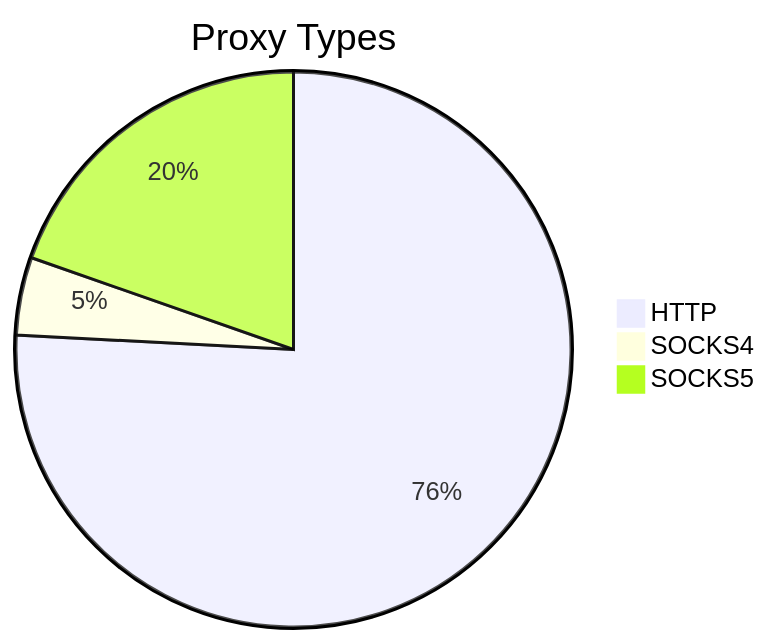
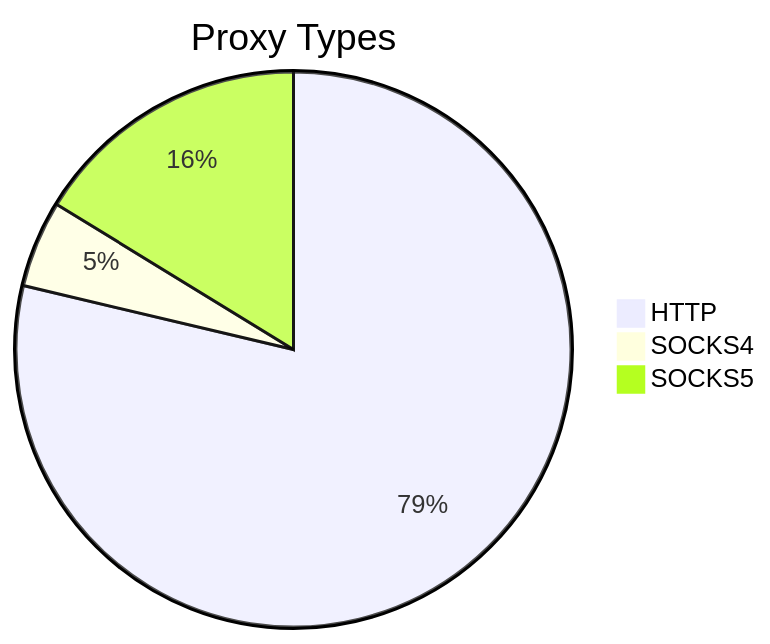
The first of 2 diagrams in README.md (stormsia/proxy-list), drawn with Mermaid before and after one commit. The commit also changed other lines of this file, not shown here.

````diff
--- a/README.md
+++ b/README.md
@@ -21,6 +21,6 @@
 ```mermaid
 pie title Proxy Types
-    "HTTP" : 251
-    "SOCKS4" : 15
-    "SOCKS5" : 65
+    "HTTP" : 218
+    "SOCKS4" : 14
+    "SOCKS5" : 45
 ```
````
